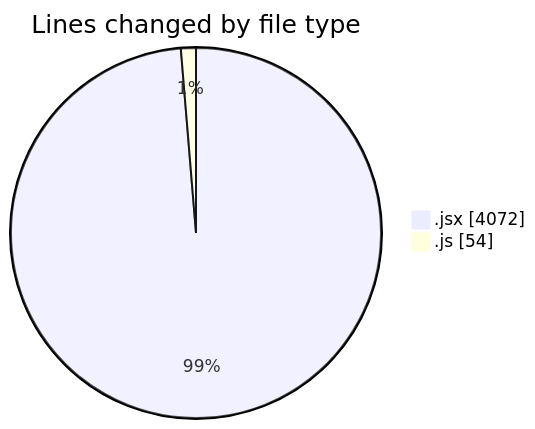
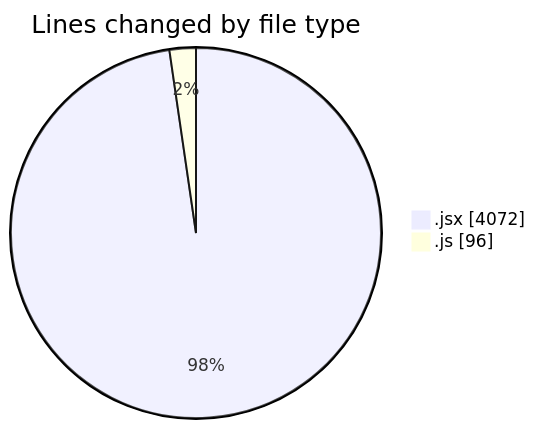
The first of 2 diagrams in 2025-07-24/nxtqube_webapp/README.md (nxtqubesakshisongat/code-tracking), drawn with Mermaid before and after one commit. The commit also changed other lines of this file and 1 other file, not shown here.

````diff
--- a/2025-07-24/nxtqube_webapp/README.md
+++ b/2025-07-24/nxtqube_webapp/README.md
@@ -25,6 +25,6 @@
 ```mermaid
 pie showData
 title Lines changed by file type
 ".jsx" : 4072
-".js" : 54
+".js" : 96
 ```
````
